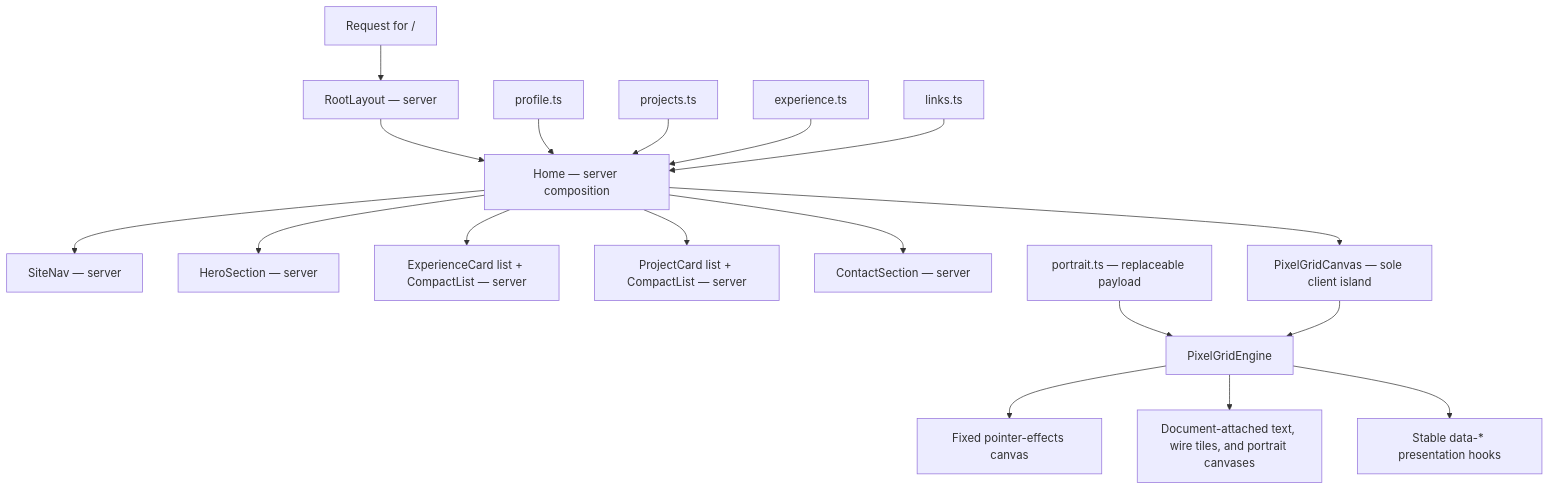
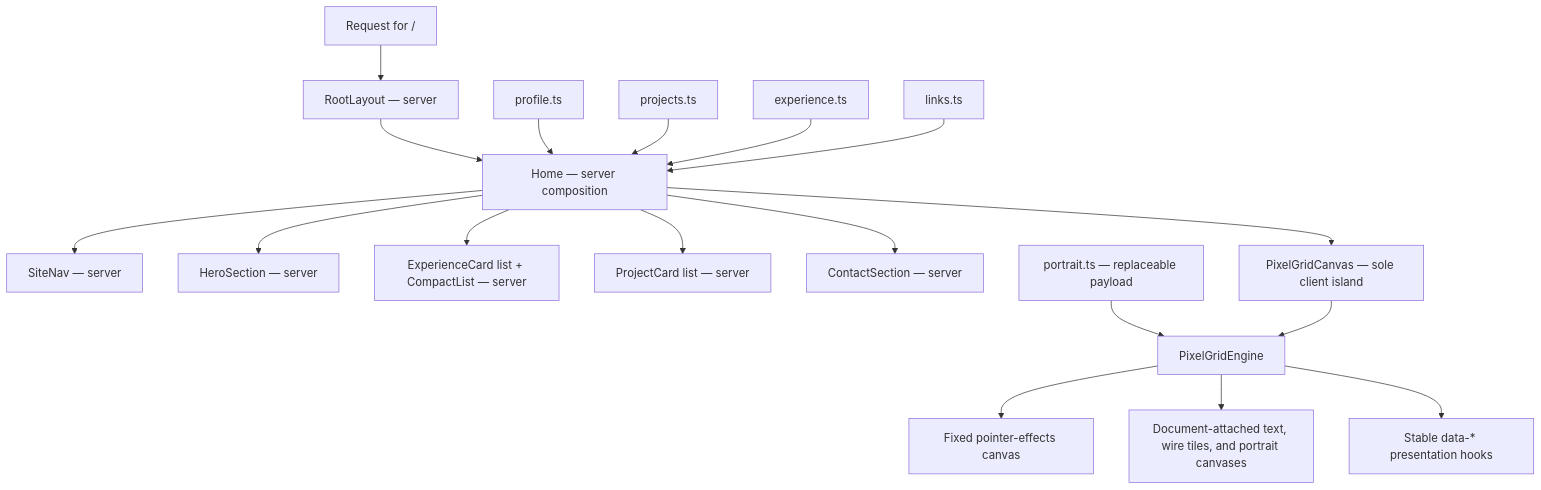
Before and after one commit to amitojsingh366/amitoj.net: the second of 2 diagrams in ARCHITECTURE.md, drawn with Mermaid. The commit also changed other lines of this file and 8 other files, not shown here.

First line of the commit message:
Swap card designs: timeline for experience, full cards for all projects

````diff
--- a/ARCHITECTURE.md
+++ b/ARCHITECTURE.md
@@ -890,22 +890,22 @@
 ```mermaid
 flowchart TD
     Request["Request for /"] --> Layout["RootLayout — server"]
     Layout --> Page["Home — server composition"]
     Profile["profile.ts"] --> Page
     Projects["projects.ts"] --> Page
     Experience["experience.ts"] --> Page
     Links["links.ts"] --> Page
 
     Page --> Nav["SiteNav — server"]
     Page --> Hero["HeroSection — server"]
     Page --> ExperienceList["ExperienceCard list + CompactList — server"]
-    Page --> ProjectList["ProjectCard list + CompactList — server"]
+    Page --> ProjectList["ProjectCard list — server"]
     Page --> Contact["ContactSection — server"]
 
     Page --> Island["PixelGridCanvas — sole client island"]
     Portrait["portrait.ts — replaceable payload"] --> Engine["PixelGridEngine"]
     Island --> Engine
     Engine --> Canvas["Fixed pointer-effects canvas"]
     Engine --> Local["Document-attached text, wire tiles, and portrait canvases"]
     Engine --> Hooks["Stable data-* presentation hooks"]
 ```
````
